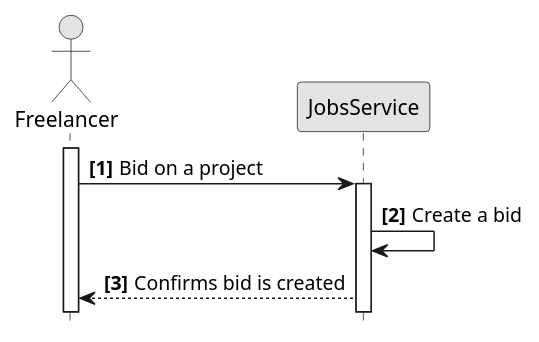
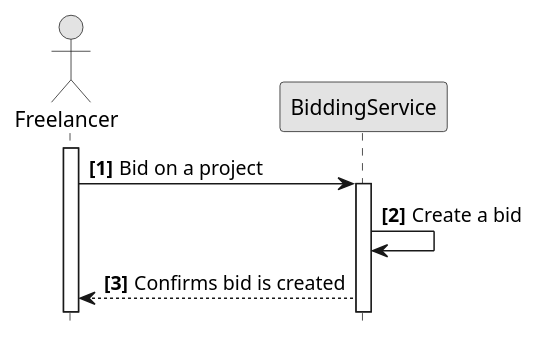
The diagram in src/software-architecture/sequence/freelancer-flow/bid-on-a-project.pu (converge-app/diagrams), drawn with PlantUML before and after one commit. The commit also changed 7 other files, not shown here.

```diff
--- a/src/software-architecture/sequence/freelancer-flow/bid-on-a-project.pu
+++ b/src/software-architecture/sequence/freelancer-flow/bid-on-a-project.pu
@@ -1,15 +1,15 @@
 @startuml
 hide footbox
 autonumber "<b>[0]"
 skinparam monochrome true
 
 actor Freelancer
-participant JobsService
+participant BiddingService
 
 activate Freelancer
-Freelancer -> JobsService: Bid on a project
+Freelancer -> BiddingService: Bid on a project
 
-activate JobsService
-JobsService -> JobsService: Create a bid
-JobsService --> Freelancer: Confirms bid is created
+activate BiddingService
+BiddingService -> BiddingService: Create a bid
+BiddingService --> Freelancer: Confirms bid is created
 @enduml
```
